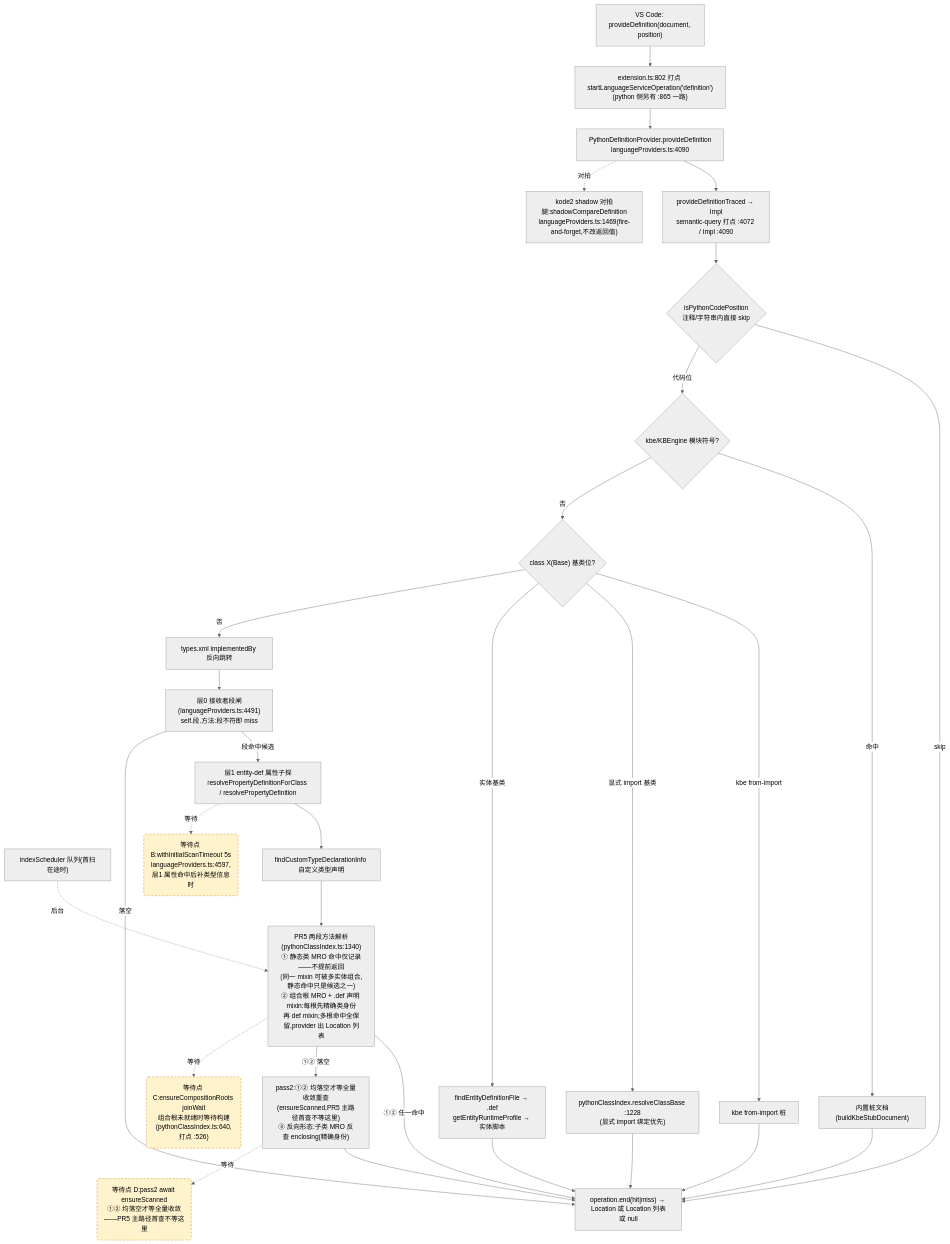
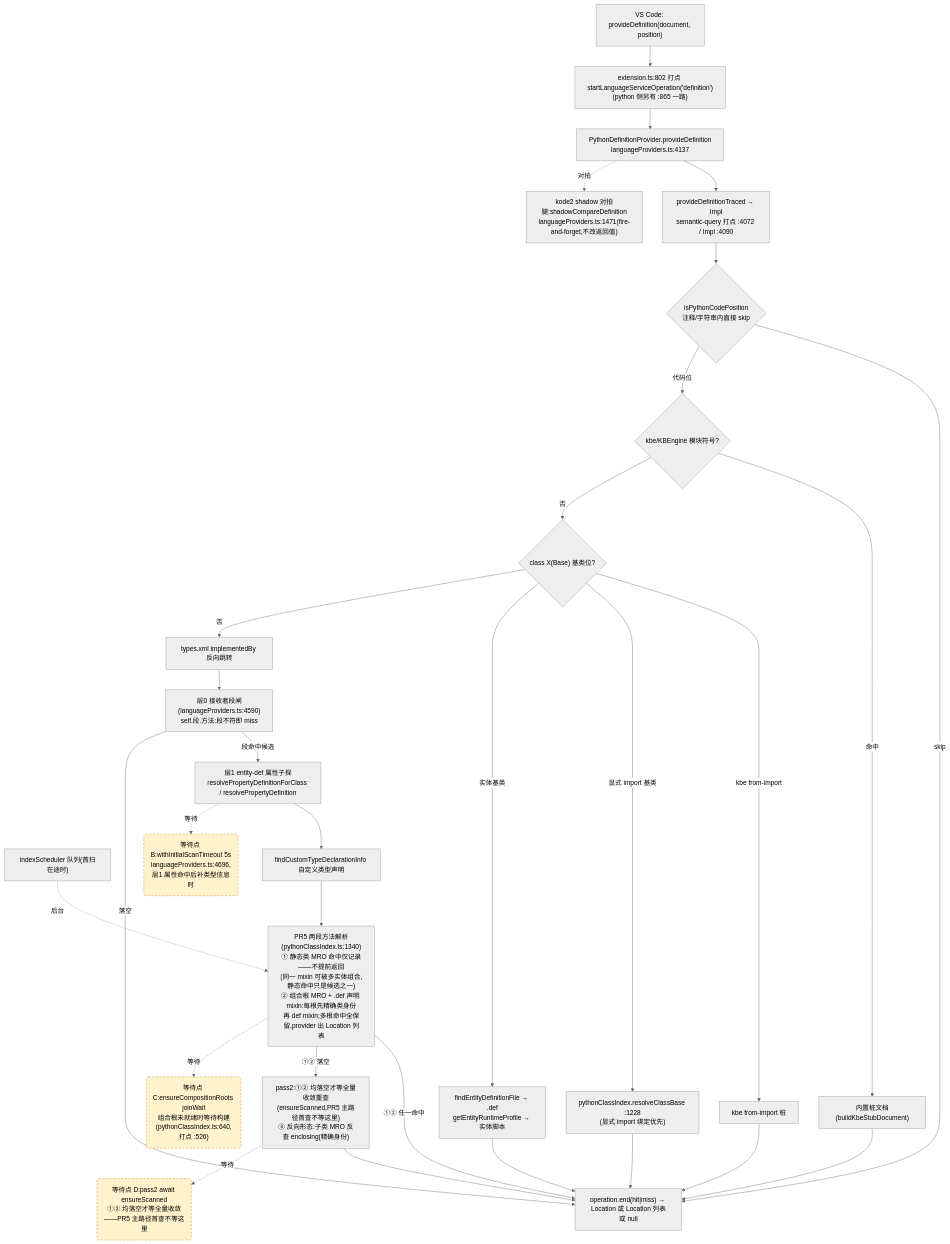
The second of 4 diagrams in docs/perf/2026-baseline.md (cuihairu/kode), drawn with Mermaid (neutral theme) before and after one commit. The commit also changed other lines of this file and 4 other files, not shown here.

````diff
--- a/docs/perf/2026-baseline.md
+++ b/docs/perf/2026-baseline.md
@@ -130,51 +130,51 @@
 ```mermaid
 flowchart TD
   VC2["VS Code: provideDefinition(document, position)"]
   M2["extension.ts:802 打点 startLanguageServiceOperation('definition')<br/>(python 侧另有 :865 一路)"]
-  AD2["PythonDefinitionProvider.provideDefinition<br/>languageProviders.ts:4090"]
+  AD2["PythonDefinitionProvider.provideDefinition<br/>languageProviders.ts:4137"]
   TR["provideDefinitionTraced → Impl<br/>semantic-query 打点 :4072 / Impl :4090"]
   CTX{"isPythonCodePosition<br/>注释/字符串内直接 skip"}
   KBE{"kbe/KBEngine 模块符号?"}
   STUB["内置桩文档(buildKbeStubDocument)"]
   CB{"class X(Base) 基类位?"}
   CB1["kbe from-import 桩"]
   CB2["pythonClassIndex.resolveClassBase :1228<br/>(显式 import 绑定优先)"]
   CB3["findEntityDefinitionFile → .def<br/>getEntityRuntimeProfile → 实体脚本"]
   REV["types.xml implementedBy 反向跳转"]
-  L0["层0 接收者段闸(languageProviders.ts:4491)<br/>self.段.方法:段不符即 miss"]
+  L0["层0 接收者段闸(languageProviders.ts:4590)<br/>self.段.方法:段不符即 miss"]
   L1["层1 entity-def 属性子探<br/>resolvePropertyDefinitionForClass / resolvePropertyDefinition"]
   SCAN["indexScheduler 队列(首扫在途时)"]
   TY["findCustomTypeDeclarationInfo 自定义类型声明"]
   MRO["PR5 两段方法解析(pythonClassIndex.ts:1340)<br/>① 静态类 MRO 命中仅记录——不提前返回<br/>(同一 mixin 可被多实体组合,静态命中只是候选之一)<br/>② 组合根 MRO + .def 声明 mixin:每根先精确类身份<br/>再 def mixin;多根命中全保留,provider 出 Location 列表"]
   PASS2["pass2:①② 均落空才等全量收敛重查<br/>(ensureScanned,PR5 主路径首查不等这里)<br/>③ 反向形态:子类 MRO 反查 enclosing(精确身份)"]
-  SHD["kode2 shadow 对拍腿:shadowCompareDefinition<br/>languageProviders.ts:1469(fire-and-forget,不改返回值)"]
+  SHD["kode2 shadow 对拍腿:shadowCompareDefinition<br/>languageProviders.ts:1471(fire-and-forget,不改返回值)"]
   END2["operation.end(hit|miss) → Location 或 Location 列表或 null"]
 
   VC2 --> M2 --> AD2 --> TR --> CTX
   CTX -- "skip" --> END2
   CTX -- "代码位" --> KBE
   KBE -- "命中" --> STUB --> END2
   KBE -- "否" --> CB
   CB -- "kbe from-import" --> CB1 --> END2
   CB -- "显式 import 基类" --> CB2 --> END2
   CB -- "实体基类" --> CB3 --> END2
   CB -- "否" --> REV --> L0
   L0 -- "段命中候选" --> L1
   L0 -- "落空" --> END2
   L1 --> TY
   TY --> MRO
   MRO -- "①② 任一命中" --> END2
   MRO -- "①② 落空" --> PASS2 --> END2
   AD2 -.->|对拍| SHD
 
-  WAITB("等待点 B:withInitialScanTimeout 5s<br/>languageProviders.ts:4597,层1 属性命中后补类型信息时")
+  WAITB("等待点 B:withInitialScanTimeout 5s<br/>languageProviders.ts:4696,层1 属性命中后补类型信息时")
   WAITC("等待点 C:ensureCompositionRoots joinWait<br/>组合根未就绪时等待构建(pythonClassIndex.ts:640,打点 :526)")
   WAITD("等待点 D:pass2 await ensureScanned<br/>①② 均落空才等全量收敛——PR5 主路径首查不等这里")
   L1 -.->|等待| WAITB
   MRO -.->|等待| WAITC
   PASS2 -.->|等待| WAITD
   SCAN -.->|后台| MRO
 
   classDef waitPoint fill:#fff3cd,stroke:#d97706,stroke-dasharray:5 4;
   class WAITB,WAITC,WAITD waitPoint;
 ```
````
